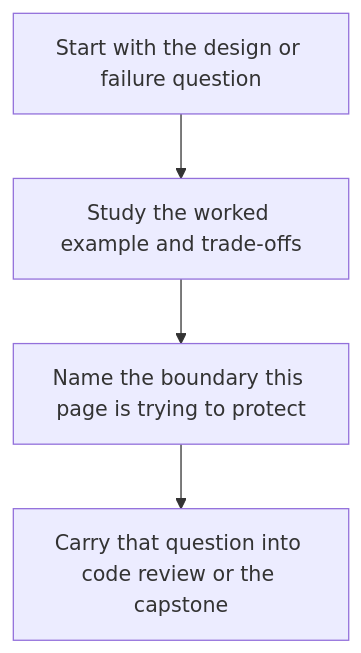
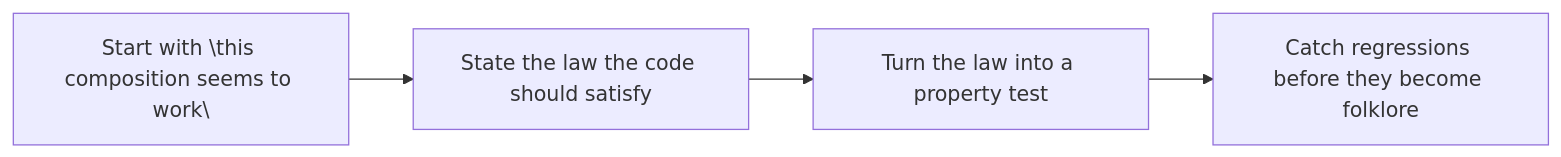
Before and after one commit to bijux/bijux-masterclass: the diagram in programs/python-programming/python-functional-programming/course-book/module-06-monadic-flow-explicit-context/law-guided-design.md, drawn with Mermaid. The commit also changed other lines of this file, not shown here.

Commit message:
docs(functional-programming): clarify law guided design lesson

````diff
--- a/programs/python-programming/python-functional-programming/course-book/module-06-monadic-flow-explicit-context/law-guided-design.md
+++ b/programs/python-programming/python-functional-programming/course-book/module-06-monadic-flow-explicit-context/law-guided-design.md
@@ -15,6 +7,6 @@
 ```mermaid
-flowchart TD
-  problem["Start with the design or failure question"] --> example["Study the worked example and trade-offs"]
-  example --> boundary["Name the boundary this page is trying to protect"]
-  boundary --> proof["Carry that question into code review or the capstone"]
+flowchart LR
+  hope["Start with \"this composition seems to work\""] --> law["State the law the code should satisfy"]
+  law --> property["Turn the law into a property test"]
+  property --> regress["Catch regressions before they become folklore"]
 ```
````
